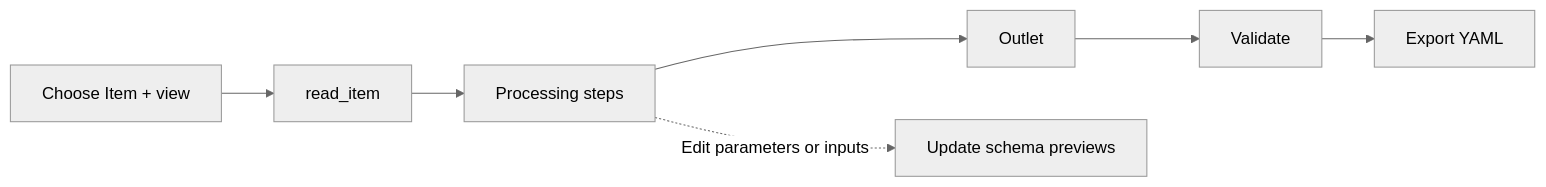
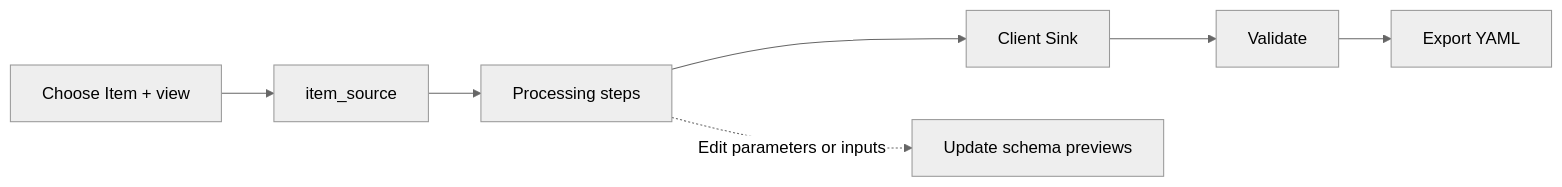
Before and after one commit to rdcn-link/xstream-codex: the diagram in docs/designer-guide.md, drawn with Mermaid (neutral theme). The commit also changed other lines of this file and 451 other files, not shown here.

````diff
--- a/docs/designer-guide.md
+++ b/docs/designer-guide.md
@@ -31,7 +31,7 @@
 ```mermaid
 flowchart LR
-  Item["Choose Item + view"] --> Read["read_item"]
-  Read --> Process["Processing steps"] --> Outlet["Outlet"]
+  Item["Choose Item + view"] --> Read["item_source"]
+  Read --> Process["Processing steps"] --> ClientSink["Client Sink"]
   Process -. "Edit parameters or inputs" .-> Preview["Update schema previews"]
-  Outlet --> Validate["Validate"] --> YAML["Export YAML"]
+  ClientSink --> Validate["Validate"] --> YAML["Export YAML"]
 ```
````
